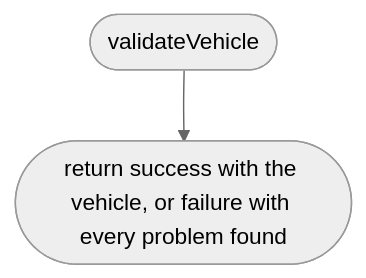
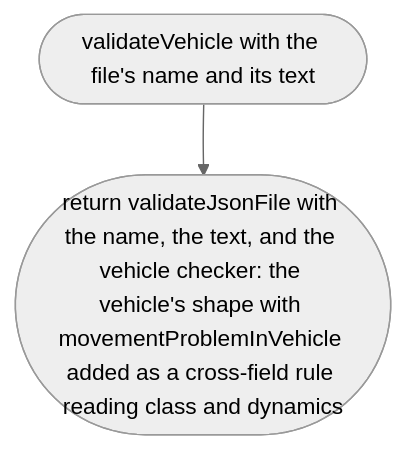
Before and after one commit to NewDara-Star/world-engine: the second of 2 diagrams in docs/designs/src/place/vehicle.md, drawn with Mermaid (neutral theme). The commit also changed other lines of this file and 9 other files, not shown here.

````diff
--- a/docs/designs/src/place/vehicle.md
+++ b/docs/designs/src/place/vehicle.md
@@ -26,6 +28,6 @@
 ```mermaid
 flowchart TD
-  s(["validateVehicle"])
-  a(["return success with the vehicle, or failure with every problem found"])
+  s(["validateVehicle with the file's name and its text"])
+  a(["return validateJsonFile with the name, the text, and the vehicle checker: the vehicle's shape with movementProblemInVehicle added as a cross-field rule reading class and dynamics"])
   s --> a
 ```
````
